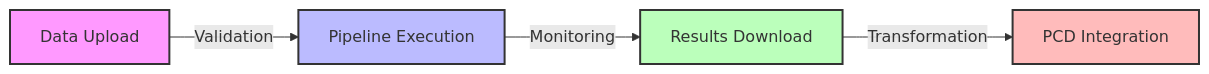
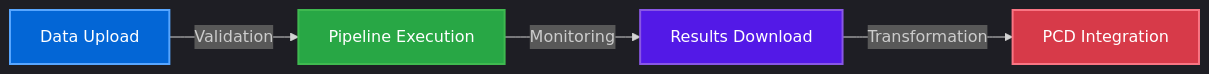
The first of 4 diagrams in README.md (ChaseRushton/ica-tools), drawn with Mermaid before and after one commit. The commit also changed other lines of this file, not shown here.

Commit message:
Update diagrams for dark mode: - Add dark theme to all mermaid diagrams - Update color scheme for better contrast - Add subgraph styling for architecture diagram

````diff
--- a/README.md
+++ b/README.md
@@ -25,11 +25,12 @@
 ```mermaid
+%%{init: {'theme': 'dark'}}%%
 graph LR
     A[Data Upload] -->|Validation| B[Pipeline Execution]
     B -->|Monitoring| C[Results Download]
     C -->|Transformation| D[PCD Integration]
     
-    style A fill:#f9f,stroke:#333,stroke-width:2px
-    style B fill:#bbf,stroke:#333,stroke-width:2px
-    style C fill:#bfb,stroke:#333,stroke-width:2px
-    style D fill:#fbb,stroke:#333,stroke-width:2px
+    style A fill:#0366d6,stroke:#58a6ff,stroke-width:2px,color:#ffffff
+    style B fill:#28a745,stroke:#3fb950,stroke-width:2px,color:#ffffff
+    style C fill:#5319e7,stroke:#8957e5,stroke-width:2px,color:#ffffff
+    style D fill:#d73a49,stroke:#f97583,stroke-width:2px,color:#ffffff
 ```
````
